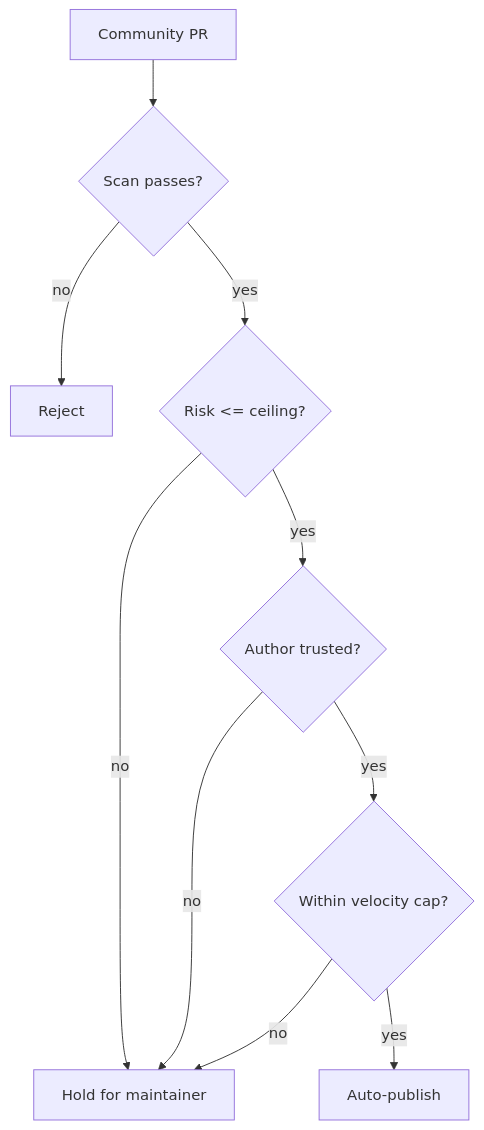
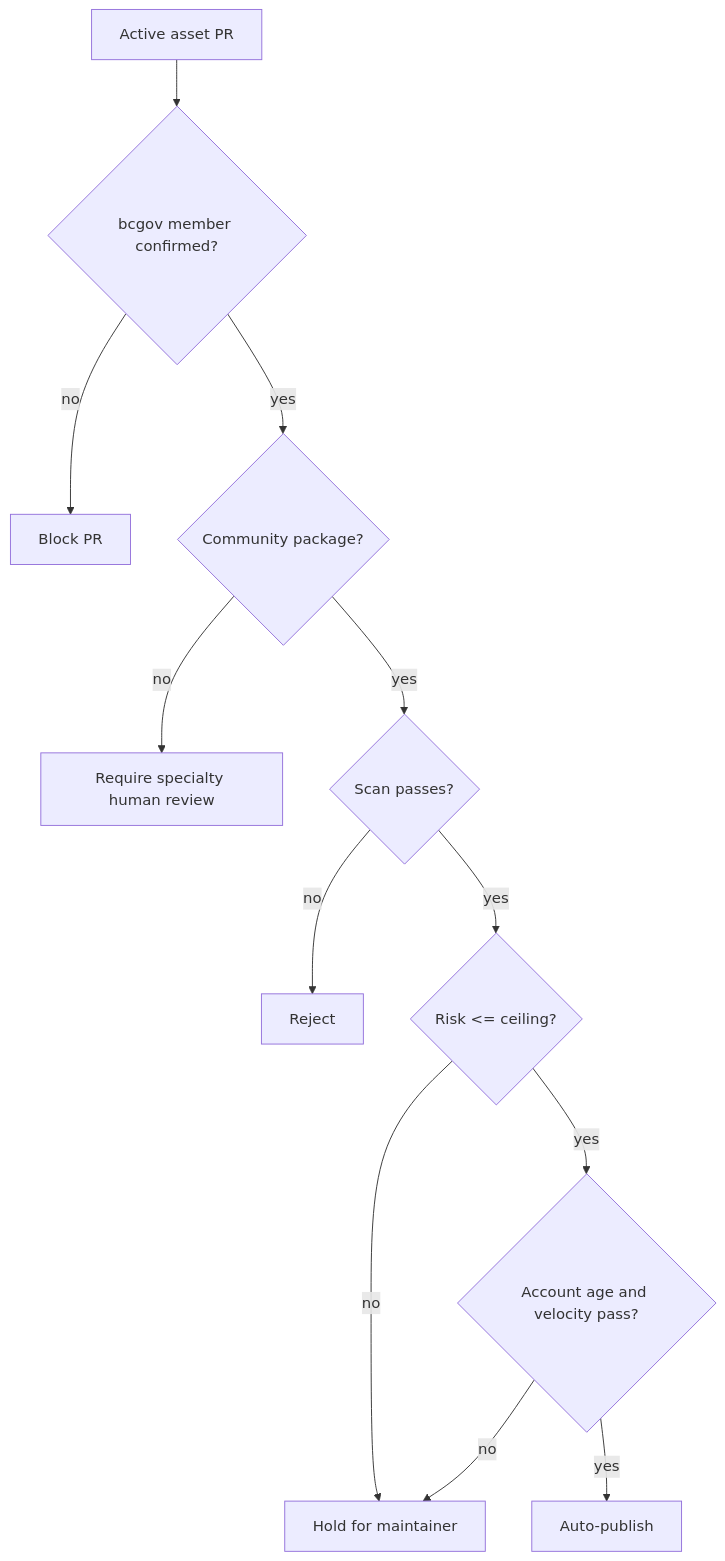
The diagram in docs/COMMUNITY_INTAKE_POLICY.md (bcgov/agent-marketplace), drawn with Mermaid before and after one commit. The commit also changed other lines of this file and 45 other files, not shown here.

````diff
--- a/docs/COMMUNITY_INTAKE_POLICY.md
+++ b/docs/COMMUNITY_INTAKE_POLICY.md
@@ -44,12 +50,14 @@
 ```mermaid
 flowchart TD
-    A[Community PR] --> B{Scan passes?}
-    B -- no --> R[Reject]
-    B -- yes --> C{Risk <= ceiling?}
-    C -- no --> H[Hold for maintainer]
-    C -- yes --> D{Author trusted?}
-    D -- no --> H
-    D -- yes --> E{Within velocity cap?}
+    A[Active asset PR] --> M{bcgov member confirmed?}
+    M -- no --> R[Block PR]
+    M -- yes --> C{Community package?}
+    C -- no --> S[Require specialty human review]
+    C -- yes --> B{Scan passes?}
+    B -- no --> X[Reject]
+    B -- yes --> D{Risk <= ceiling?}
+    D -- no --> H[Hold for maintainer]
+    D -- yes --> E{Account age and velocity pass?}
     E -- no --> H
     E -- yes --> P[Auto-publish]
 ```
````
